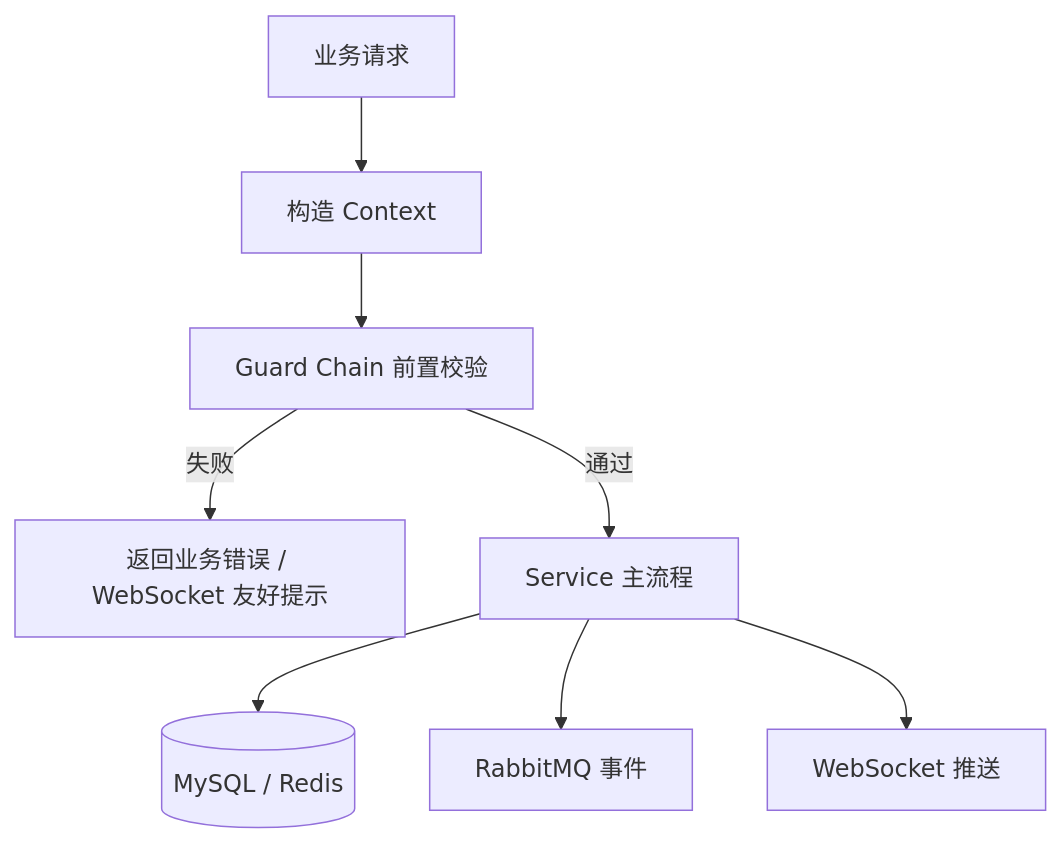
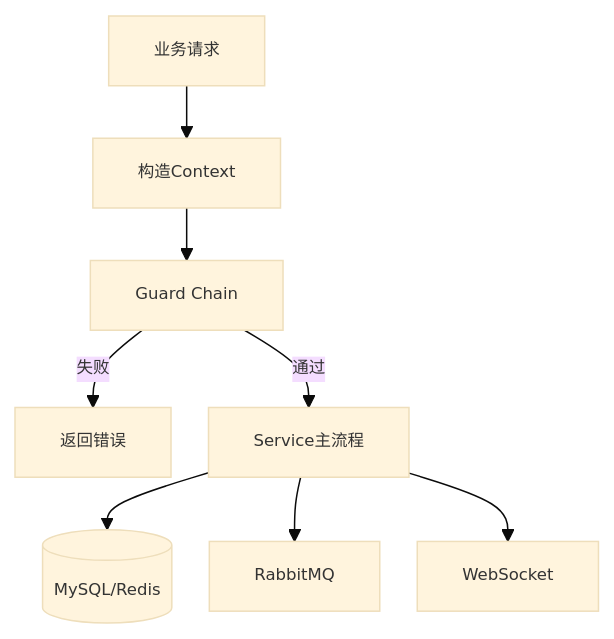
Diagram 14 of 22 in README.md (pluchon/mengmeng_forum), drawn with Mermaid before and after one commit. The commit also changed other lines of this file and 2 other files, not shown here.

````diff
--- a/README.md
+++ b/README.md
@@ -617,10 +480,11 @@
 ```mermaid
+%%{init: {'theme':'base', 'themeVariables': {'fontSize':'11px'}, 'flowchart': {'nodeSpacing': 25, 'rankSpacing': 35}}}%%
 flowchart TD
-  A[业务请求] --> C[构造 Context]
-  C --> G[Guard Chain 前置校验]
-  G -->|失败| F[返回业务错误 / WebSocket 友好提示]
-  G -->|通过| S[Service 主流程]
-  S --> DB[(MySQL / Redis)]
-  S --> MQ[RabbitMQ 事件]
-  S --> WS[WebSocket 推送]
+  A[业务请求] --> C[构造Context]
+  C --> G[Guard Chain]
+  G -->|失败| F[返回错误]
+  G -->|通过| S[Service主流程]
+  S --> DB[(MySQL/Redis)]
+  S --> MQ[RabbitMQ]
+  S --> WS[WebSocket]
 ```
````
